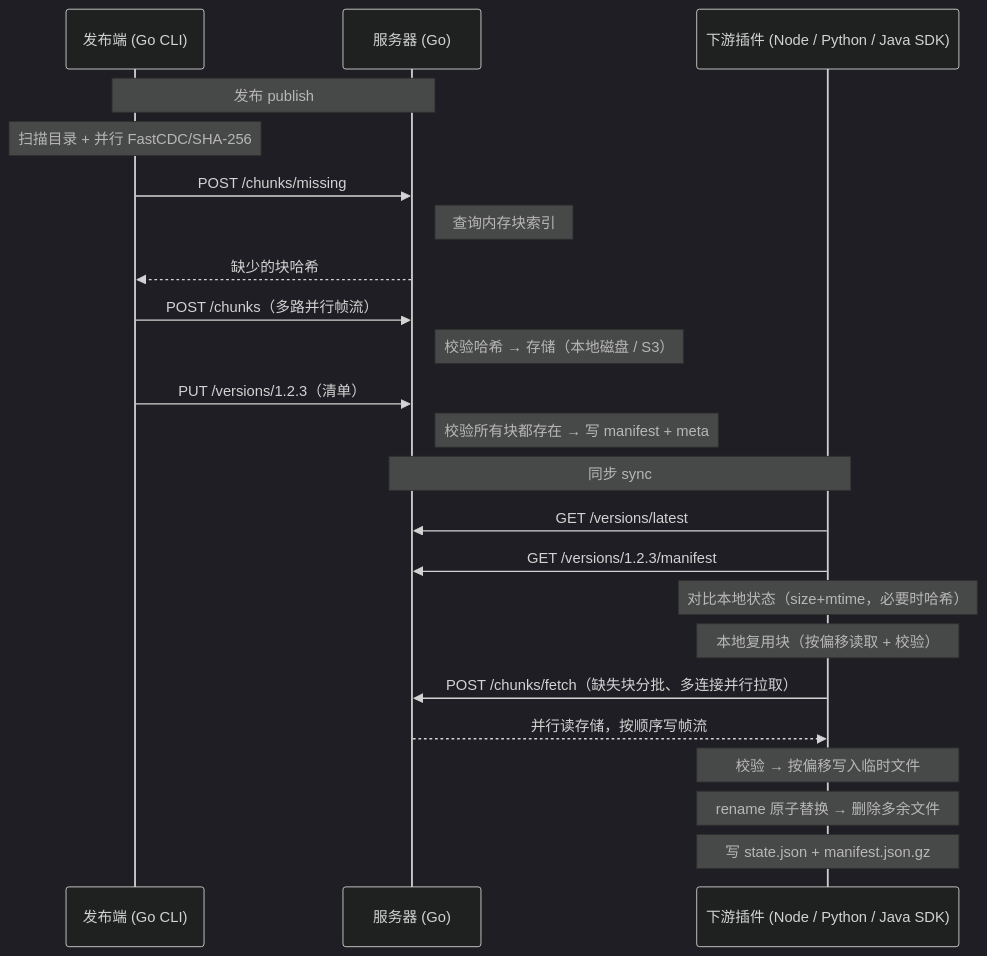
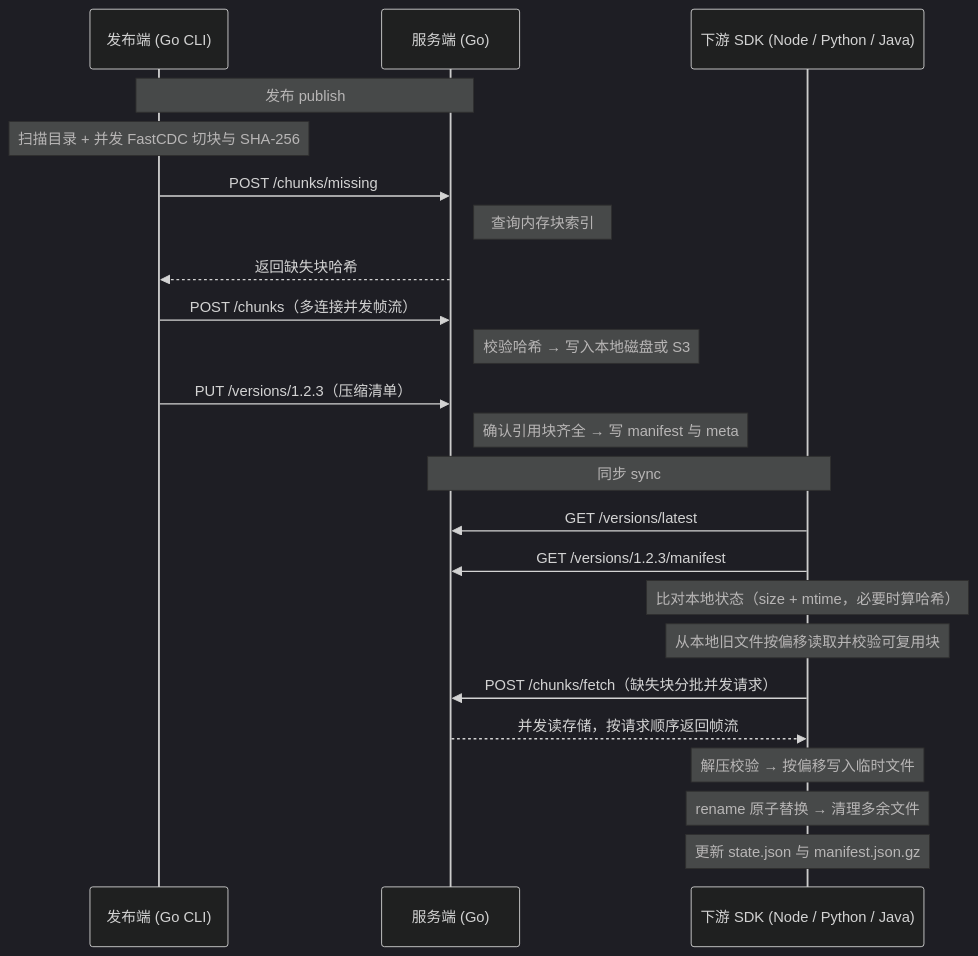
Before and after one commit to Pimeng/QentimArt: the diagram in docs/ARCHITECTURE.md, drawn with Mermaid (dark theme). The commit also changed other lines of this file and 7 other files, not shown here.

````diff
--- a/docs/ARCHITECTURE.md
+++ b/docs/ARCHITECTURE.md
@@ -51,27 +47,27 @@
 ```mermaid
 sequenceDiagram
     participant P as 发布端 (Go CLI)
-    participant S as 服务器 (Go)
-    participant D as 下游插件 (Node / Python / Java SDK)
+    participant S as 服务端 (Go)
+    participant D as 下游 SDK (Node / Python / Java)
 
     Note over P,S: 发布 publish
-    Note over P: 扫描目录 + 并行 FastCDC/SHA-256
+    Note over P: 扫描目录 + 并发 FastCDC 切块与 SHA-256
     P->>S: POST /chunks/missing
     Note right of S: 查询内存块索引
-    S-->>P: 缺少的块哈希
-    P->>S: POST /chunks（多路并行帧流）
-    Note right of S: 校验哈希 → 存储（本地磁盘 / S3）
-    P->>S: PUT /versions/1.2.3（清单）
-    Note right of S: 校验所有块都存在 → 写 manifest + meta
+    S-->>P: 返回缺失块哈希
+    P->>S: POST /chunks（多连接并发帧流）
+    Note right of S: 校验哈希 → 写入本地磁盘或 S3
+    P->>S: PUT /versions/1.2.3（压缩清单）
+    Note right of S: 确认引用块齐全 → 写 manifest 与 meta
 
     Note over S,D: 同步 sync
     D->>S: GET /versions/latest
     D->>S: GET /versions/1.2.3/manifest
-    Note over D: 对比本地状态（size+mtime，必要时哈希）
-    Note over D: 本地复用块（按偏移读取 + 校验）
-    D->>S: POST /chunks/fetch（缺失块分批、多连接并行拉取）
-    S-->>D: 并行读存储，按顺序写帧流
-    Note over D: 校验 → 按偏移写入临时文件
-    Note over D: rename 原子替换 → 删除多余文件
-    Note over D: 写 state.json + manifest.json.gz
+    Note over D: 比对本地状态（size + mtime，必要时算哈希）
+    Note over D: 从本地旧文件按偏移读取并校验可复用块
+    D->>S: POST /chunks/fetch（缺失块分批并发请求）
+    S-->>D: 并发读存储，按请求顺序返回帧流
+    Note over D: 解压校验 → 按偏移写入临时文件
+    Note over D: rename 原子替换 → 清理多余文件
+    Note over D: 更新 state.json 与 manifest.json.gz
 ```
````
